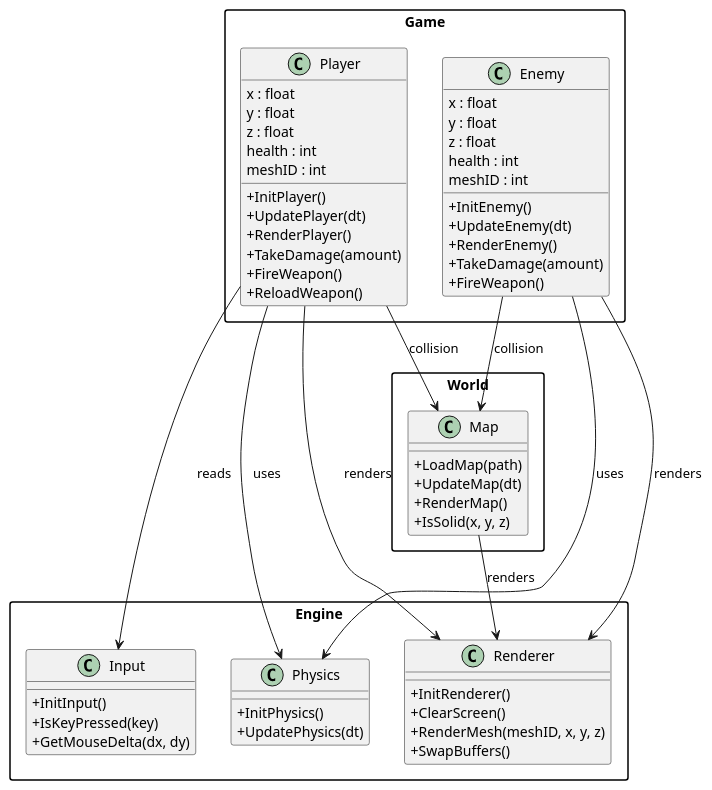
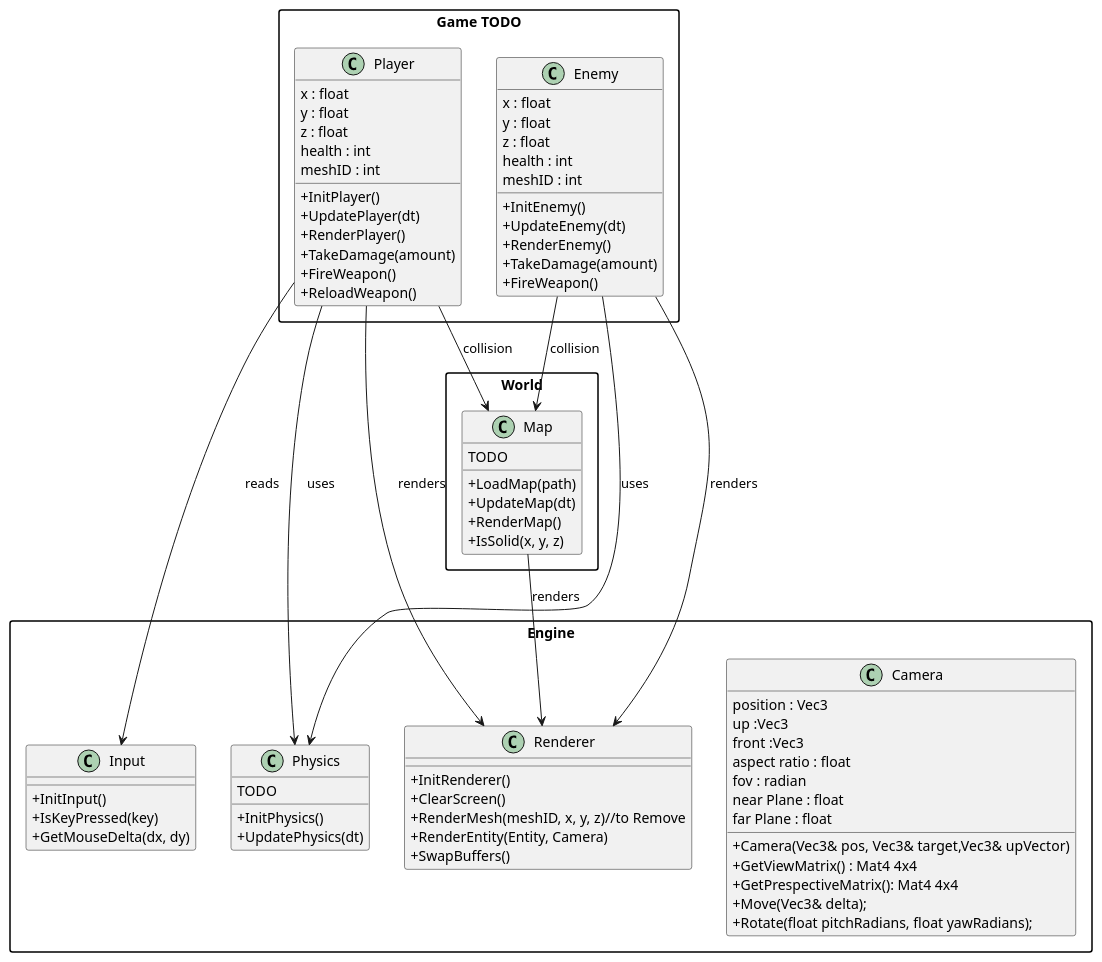
Before and after one commit to Codebreakerrr2/MyFPS: the diagram in docs/LayerGameArchitecture.puml, drawn with PlantUML. The commit also changed 6 other files, not shown here.

```diff
--- a/docs/LayerGameArchitecture.puml
+++ b/docs/LayerGameArchitecture.puml
@@ -1,83 +1,103 @@
 @startuml
 skinparam packageStyle rectangle
 skinparam classAttributeIconSize 0
 
 ' ================= ENGINE =================
 package "Engine" {
+
+    class Camera{
+        position : Vec3
+        up :Vec3
+        front :Vec3
+        aspect ratio : float
+        fov : radian
+        near Plane : float
+        far Plane : float
+
+        +Camera(Vec3& pos, Vec3& target,Vec3& upVector)
+        +GetViewMatrix() : Mat4 4x4
+        +GetPrespectiveMatrix(): Mat4 4x4
+        + Move(Vec3& delta);
+        +Rotate(float pitchRadians, float yawRadians);
+    }
+
 
     class Input {
         +InitInput()
         +IsKeyPressed(key)
         +GetMouseDelta(dx, dy)
     }
 
     class Physics {
+        TODO
         +InitPhysics()
         +UpdatePhysics(dt)
     }
 
     class Renderer {
         +InitRenderer()
         +ClearScreen()
-        +RenderMesh(meshID, x, y, z)
+        +RenderMesh(meshID, x, y, z)//to Remove
+        +RenderEntity(Entity, Camera)
         +SwapBuffers()
     }
 }
 
 ' ================= WORLD ==================
 package "World" {
 
     class Map {
+    TODO
         +LoadMap(path)
         +UpdateMap(dt)
         +RenderMap()
         +IsSolid(x, y, z)
     }
 }
 
 ' ================= GAME ===================
-package "Game" {
+package "Game TODO" {
 
     class Player {
         x : float
         y : float
         z : float
         health : int
         meshID : int
 
         +InitPlayer()
         +UpdatePlayer(dt)
         +RenderPlayer()
         +TakeDamage(amount)
         +FireWeapon()
         +ReloadWeapon()
     }
 
     class Enemy {
         x : float
         y : float
         z : float
         health : int
         meshID : int
 
         +InitEnemy()
         +UpdateEnemy(dt)
         +RenderEnemy()
         +TakeDamage(amount)
         +FireWeapon()
     }
 }
 
 ' ================= RELATIONS ==============
 Player --> Input     : reads
 Player --> Physics   : uses
 Player --> Renderer  : renders
 Player --> Map       : collision
 
 Enemy --> Physics    : uses
 Enemy --> Renderer   : renders
 Enemy --> Map        : collision
 
 Map --> Renderer : renders
 
 @enduml
```
